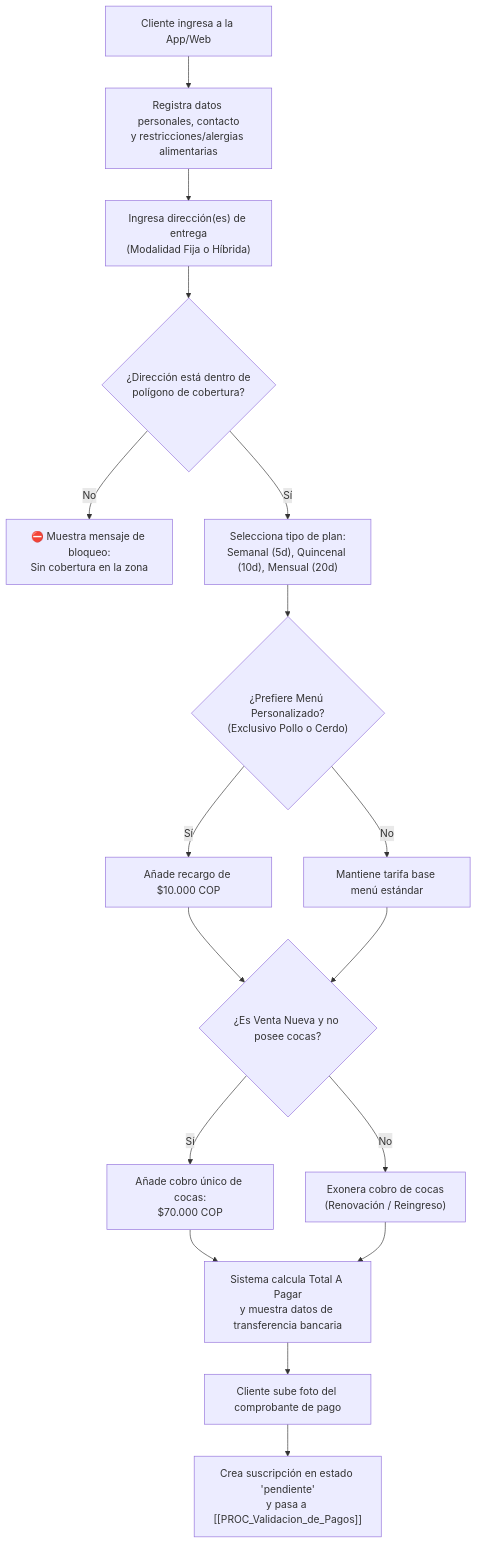
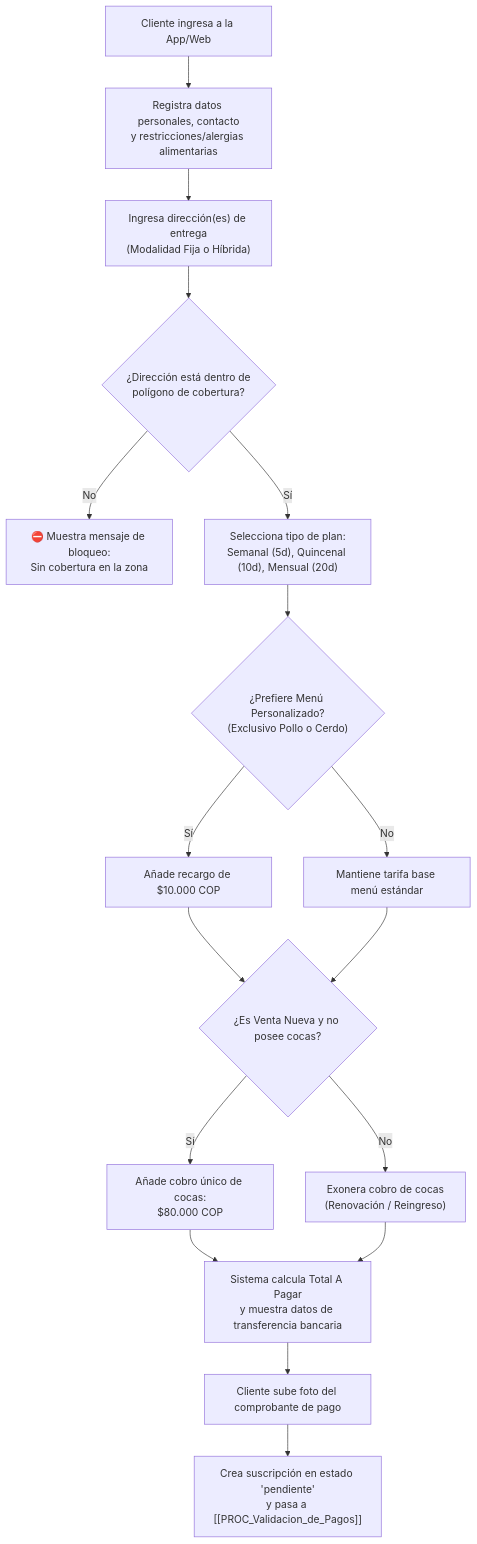
The diagram in 03_Procesos/Documentos/PROC_Registro_y_Venta.md (alejandrogomezmesa1/analisis), drawn with Mermaid before and after one commit. The commit also changed other lines of this file and 46 other files, not shown here.

````diff
--- a/03_Procesos/Documentos/PROC_Registro_y_Venta.md
+++ b/03_Procesos/Documentos/PROC_Registro_y_Venta.md
@@ -30,24 +30,24 @@
 ```mermaid
 flowchart TD
     A["Cliente ingresa a la App/Web"] --> B["Registra datos personales, contacto\ny restricciones/alergias alimentarias"]
     B --> C["Ingresa dirección(es) de entrega\n(Modalidad Fija o Híbrida)"]
     C --> D{"¿Dirección está dentro de\npolígono de cobertura?"}
 
     D -- No --> E["⛔ Muestra mensaje de bloqueo:\nSin cobertura en la zona"]
     D -- Sí --> F["Selecciona tipo de plan:\nSemanal (5d), Quincenal (10d), Mensual (20d)"]
 
     F --> G{"¿Prefiere Menú Personalizado?\n(Exclusivo Pollo o Cerdo)"}
     G -- Sí --> H["Añade recargo de $10.000 COP"]
     G -- No --> I["Mantiene tarifa base menú estándar"]
 
     H --> J{"¿Es Venta Nueva y no posee cocas?"}
     I --> J
 
-    J -- Sí --> K["Añade cobro único de cocas:\n$70.000 COP"]
+    J -- Sí --> K["Añade cobro único de cocas:\n$80.000 COP"]
     J -- No --> L["Exonera cobro de cocas\n(Renovación / Reingreso)"]
 
     K --> M["Sistema calcula Total A Pagar\ny muestra datos de transferencia bancaria"]
     L --> M
     M --> N["Cliente sube foto del comprobante de pago"]
     N --> O["Crea suscripción en estado 'pendiente'\ny pasa a [[PROC_Validacion_de_Pagos]]"]
 ```
````
